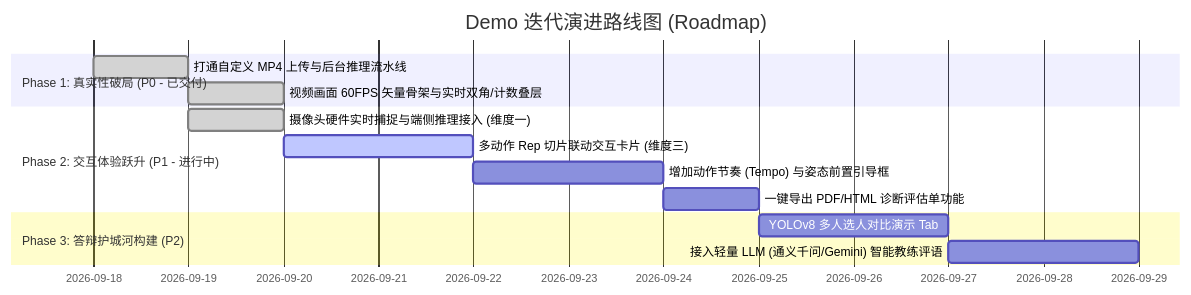
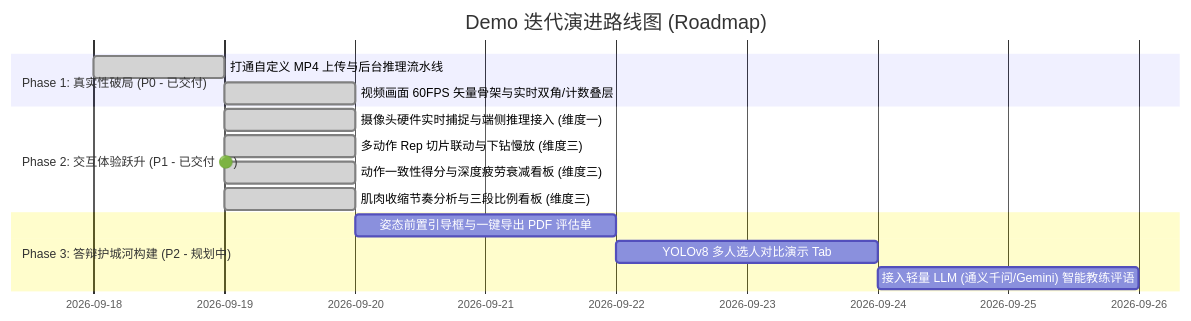
The sixth of 6 diagrams in reports/demo_gap_assessment_report.md (huwany1/Undergraduate-engineering-thesis), drawn with Mermaid before and after one commit. The commit also changed other lines of this file and 14 other files, not shown here.

````diff
--- a/reports/demo_gap_assessment_report.md
+++ b/reports/demo_gap_assessment_report.md
@@ -241,16 +244,17 @@
 ```mermaid
 gantt
     title Demo 迭代演进路线图 (Roadmap)
     dateFormat  YYYY-MM-DD
     section Phase 1: 真实性破局 (P0 - 已交付)
     打通自定义 MP4 上传与后台推理流水线        :done, p1_1, 2026-09-18, 1d
     视频画面 60FPS 矢量骨架与实时双角/计数叠层  :done, p1_2, 2026-09-19, 1d
-    section Phase 2: 交互体验跃升 (P1 - 进行中)
+    section Phase 2: 交互体验跃升 (P1 - 已交付 🟢)
     摄像头硬件实时捕捉与端侧推理接入 (维度一)    :done, p2_0, 2026-09-19, 1d
-    多动作 Rep 切片联动交互卡片 (维度三)        :active, p2_1, 2026-09-20, 2d
-    增加动作节奏 (Tempo) 与姿态前置引导框      :p2_2, after p2_1, 2d
-    一键导出 PDF/HTML 诊断评估单功能           :p2_3, after p2_2, 1d
-    section Phase 3: 答辩护城河构建 (P2)
-    YOLOv8 多人选人对比演示 Tab               :p3_1, after p2_3, 2d
+    多动作 Rep 切片联动与下钻慢放 (维度三)        :done, p2_1, 2026-09-19, 1d
+    动作一致性得分与深度疲劳衰减看板 (维度三)    :done, p2_2, 2026-09-19, 1d
+    肌肉收缩节奏分析与三段比例看板 (维度三)      :done, p2_3, 2026-09-19, 1d
+    section Phase 3: 答辩护城河构建 (P2 - 规划中)
+    姿态前置引导框与一键导出 PDF 评估单        :p3_0, 2026-09-20, 2d
+    YOLOv8 多人选人对比演示 Tab               :p3_1, after p3_0, 2d
     接入轻量 LLM (通义千问/Gemini) 智能教练评语 :p3_2, after p3_1, 2d
 ```
````
